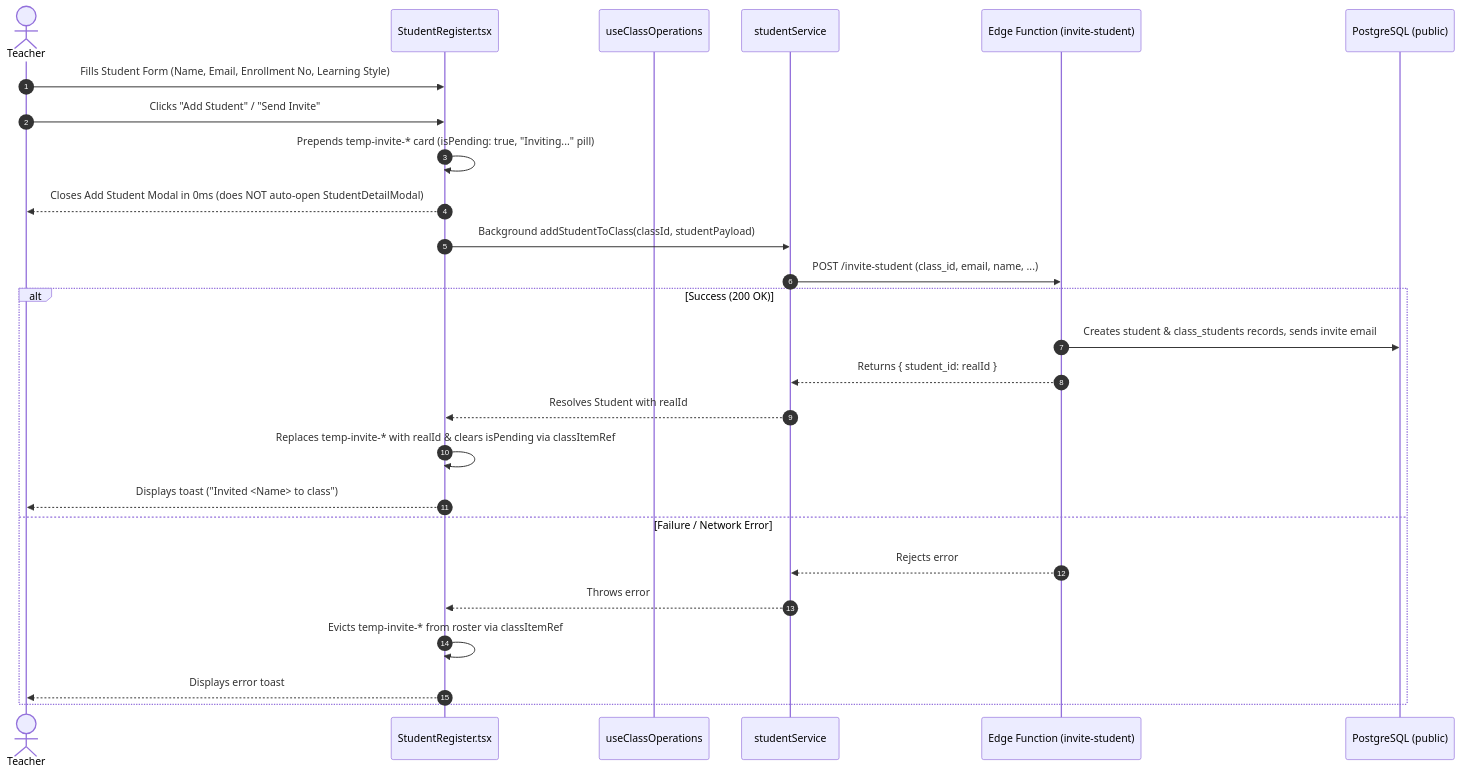
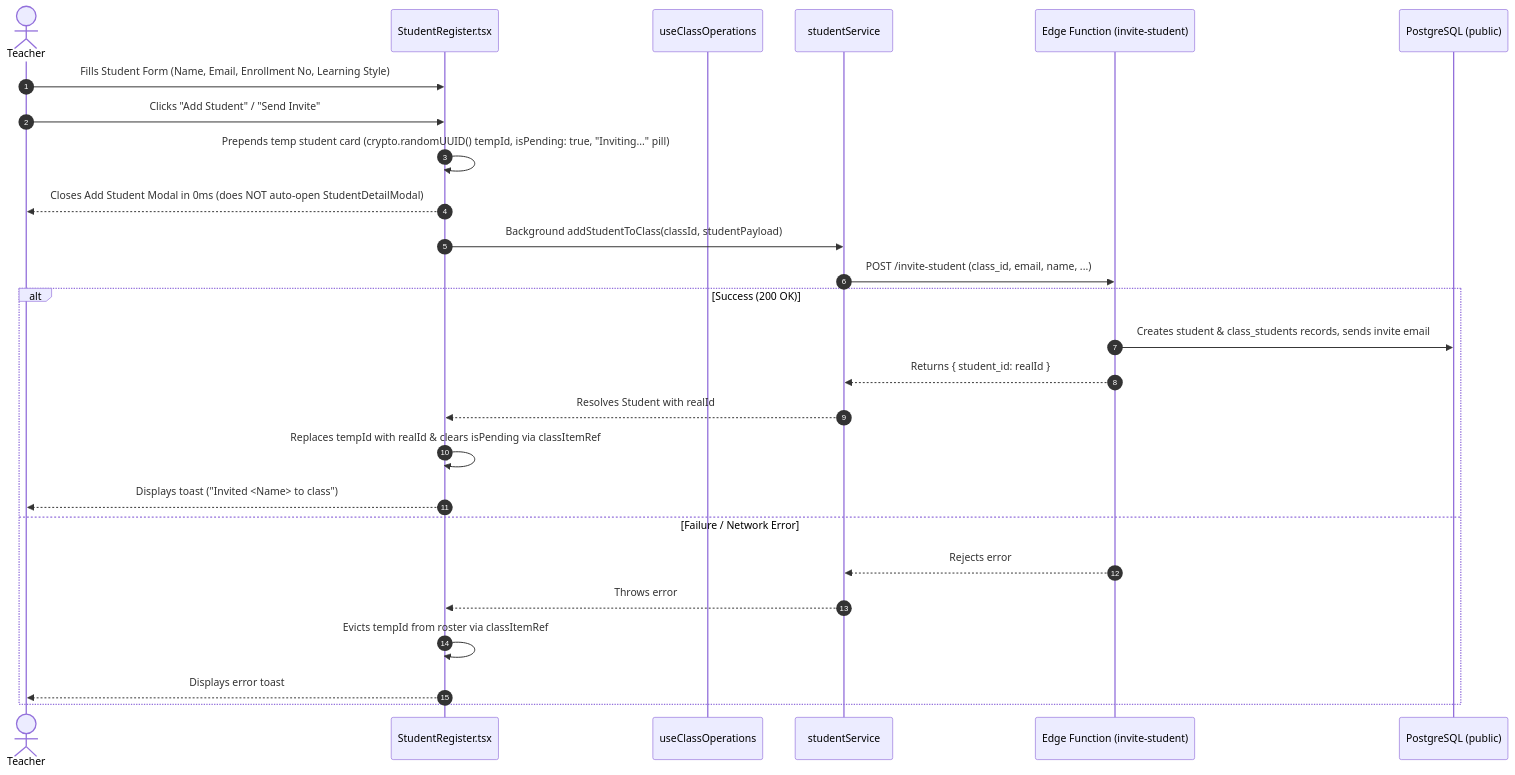
The first of 4 diagrams in docs/systems/workflows/student_roster_workflows.md (VictorBravo9er/Teacher-Assistant-Workspace), drawn with Mermaid before and after one commit. The commit also changed other lines of this file and 43 other files, not shown here.

````diff
--- a/docs/systems/workflows/student_roster_workflows.md
+++ b/docs/systems/workflows/student_roster_workflows.md
@@ -11,29 +11,29 @@
 ```mermaid
 sequenceDiagram
     autonumber
     actor Teacher as Teacher
     participant UI as StudentRegister.tsx
     participant Hook as useClassOperations
     participant Svc as studentService
     participant Edge as Edge Function (invite-student)
     participant DB as PostgreSQL (public)
 
     Teacher->>UI: Fills Student Form (Name, Email, Enrollment No, Learning Style)
     Teacher->>UI: Clicks "Add Student" / "Send Invite"
-    UI->>UI: Prepends temp-invite-* card (isPending: true, "Inviting..." pill)
+    UI->>UI: Prepends temp student card (crypto.randomUUID() tempId, isPending: true, "Inviting..." pill)
     UI-->>Teacher: Closes Add Student Modal in 0ms (does NOT auto-open StudentDetailModal)
     UI->>Svc: Background addStudentToClass(classId, studentPayload)
     Svc->>Edge: POST /invite-student (class_id, email, name, ...)
     alt Success (200 OK)
         Edge->>DB: Creates student & class_students records, sends invite email
         Edge-->>Svc: Returns { student_id: realId }
         Svc-->>UI: Resolves Student with realId
-        UI->>UI: Replaces temp-invite-* with realId & clears isPending via classItemRef
+        UI->>UI: Replaces tempId with realId & clears isPending via classItemRef
         UI-->>Teacher: Displays toast ("Invited <Name> to class")
     else Failure / Network Error
         Edge-->>Svc: Rejects error
         Svc-->>UI: Throws error
-        UI->>UI: Evicts temp-invite-* from roster via classItemRef
+        UI->>UI: Evicts tempId from roster via classItemRef
         UI-->>Teacher: Displays error toast
     end
 ```
````
